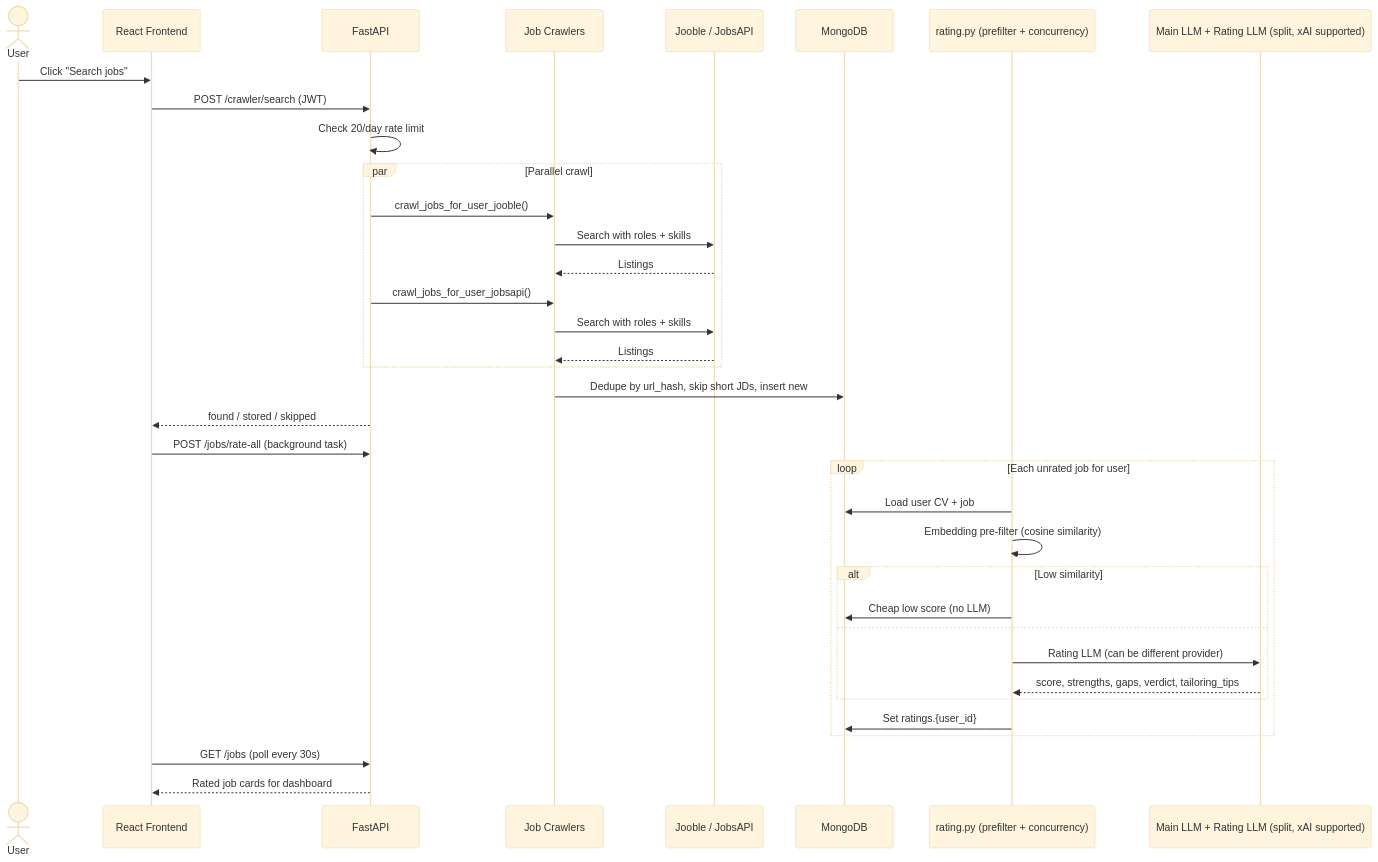
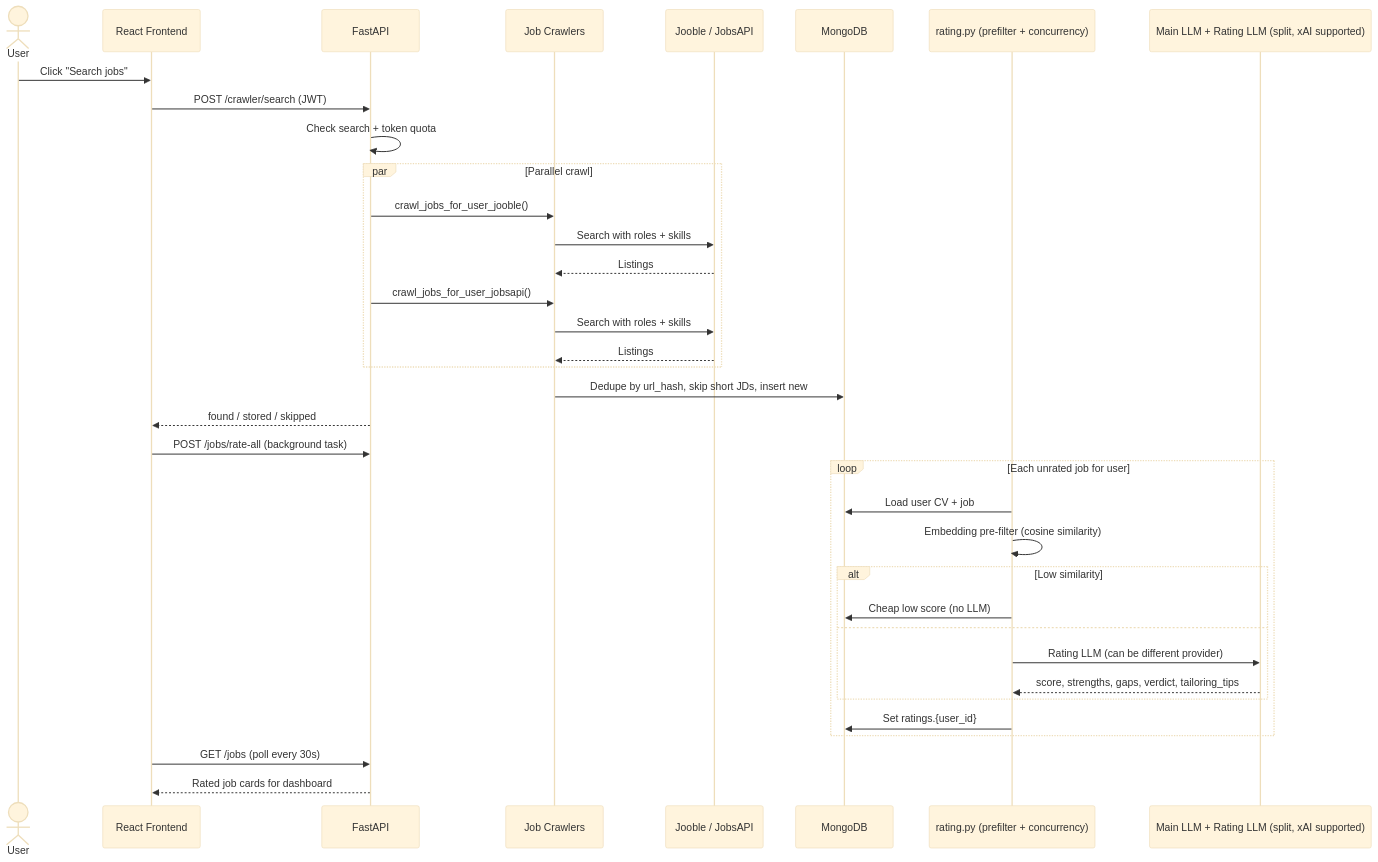
One commit to itsmesaim/jobRadarAI changed the sixth of 9 diagrams in README.md. Above: the diagram before and after it, drawn with Mermaid (base theme). The commit also changed other lines of this file and 32 other files, not shown here.

````diff
--- a/README.md
+++ b/README.md
@@ -201,43 +201,43 @@
 ```mermaid
 sequenceDiagram
     actor User
     participant FE as React Frontend
     participant API as FastAPI
     participant Crawler as Job Crawlers
     participant Ext as Jooble / JobsAPI
     participant DB as MongoDB
     participant Rating as rating.py (prefilter + concurrency)
     participant LLM as Main LLM + Rating LLM (split, xAI supported)
 
     User->>FE: Click "Search jobs"
     FE->>API: POST /crawler/search (JWT)
-    API->>API: Check 20/day rate limit
+    API->>API: Check search + token quota
 
     par Parallel crawl
         API->>Crawler: crawl_jobs_for_user_jooble()
         Crawler->>Ext: Search with roles + skills
         Ext-->>Crawler: Listings
         API->>Crawler: crawl_jobs_for_user_jobsapi()
         Crawler->>Ext: Search with roles + skills
         Ext-->>Crawler: Listings
     end
 
     Crawler->>DB: Dedupe by url_hash, skip short JDs, insert new
     API-->>FE: found / stored / skipped
 
     FE->>API: POST /jobs/rate-all (background task)
     loop Each unrated job for user
         Rating->>DB: Load user CV + job
         Rating->>Rating: Embedding pre-filter (cosine similarity)
         alt Low similarity
             Rating->>DB: Cheap low score (no LLM)
         else
             Rating->>LLM: Rating LLM (can be different provider)
             LLM-->>Rating: score, strengths, gaps, verdict, tailoring_tips
         end
         Rating->>DB: Set ratings.{user_id}
     end
 
     FE->>API: GET /jobs (poll every 30s)
     API-->>FE: Rated job cards for dashboard
 ```
````
